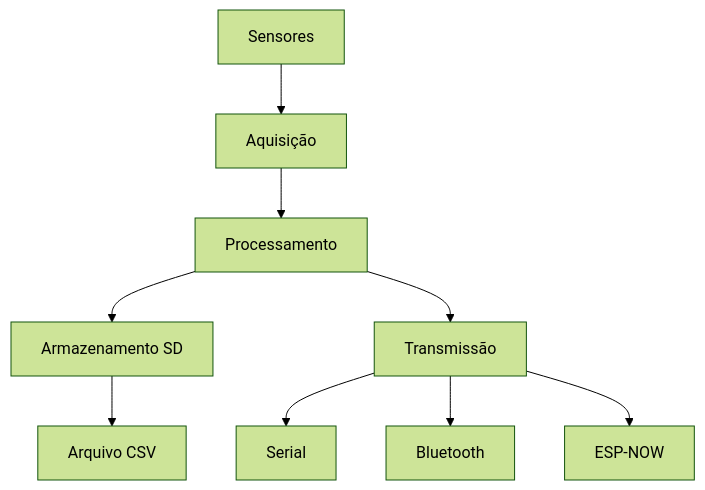
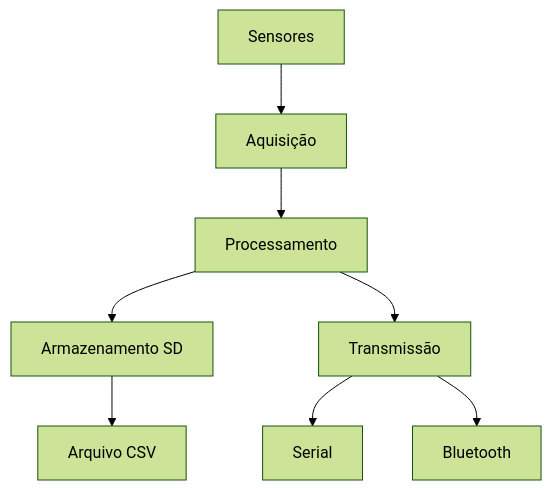
One commit to ViniciusCMB/thrust-stand changed the diagram in docs/README.md. Above: the diagram before and after it, drawn with Mermaid (forest theme). The commit also changed other lines of this file and 6 other files, not shown here.

Commit message:
Docs: remove LCD/ESP-NOW references and ignore Python caches

````diff
--- a/docs/README.md
+++ b/docs/README.md
@@ -61,12 +60,12 @@
 ```mermaid
 graph TD;
     A[Sensores] --> B[Aquisição];
     B --> C[Processamento];
     C --> D[Armazenamento SD];
     C --> E[Transmissão];
     D --> F[Arquivo CSV];
     E --> G[Serial];
     E --> H[Bluetooth];
-    E --> I[ESP-NOW];
+    
 
 ```
````
